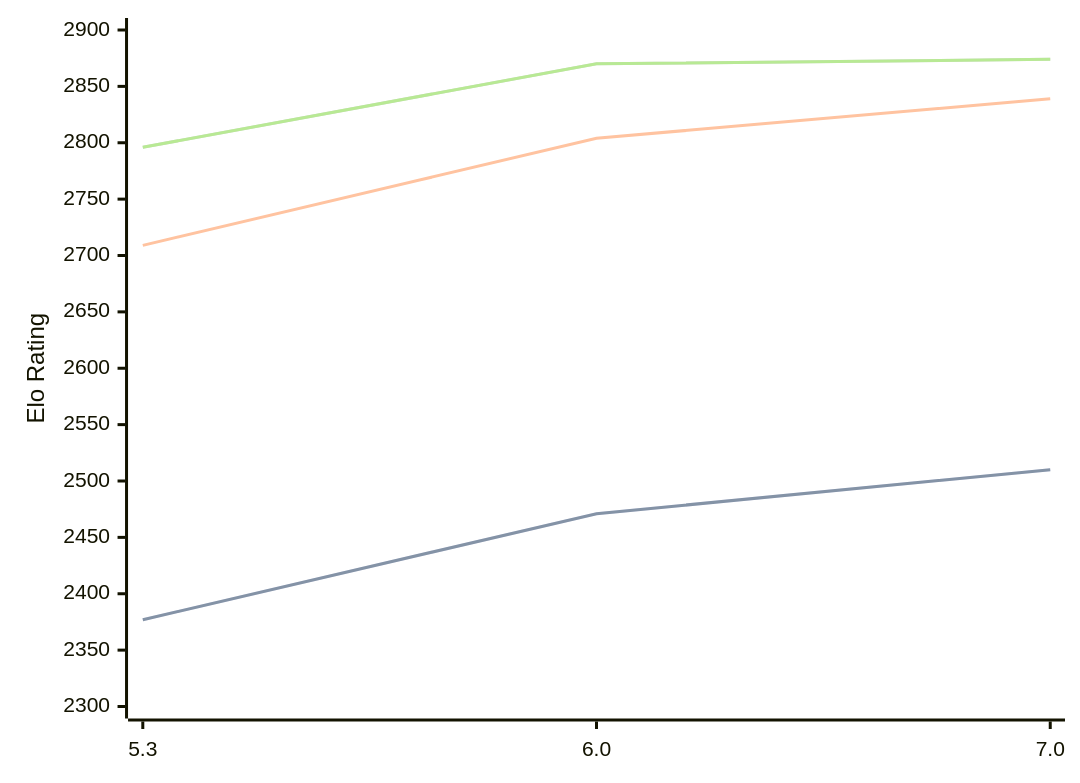
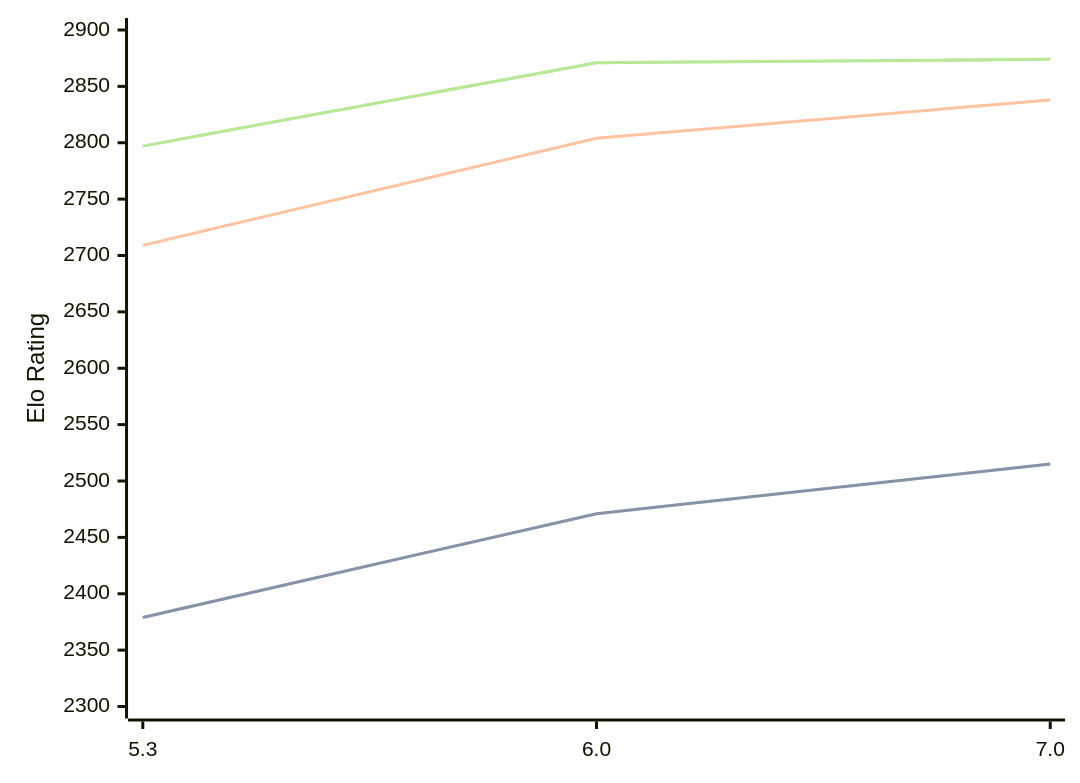
One commit to computer-chess-index/cci changed the diagram in engines/tomitankChess.md. Above: the diagram before and after it, drawn with Mermaid. The commit also changed other lines of this file, not shown here.

Commit message:
Update CCI Ratings (ELO VLTC) - 2026-07-24

````diff
--- a/engines/tomitankChess.md
+++ b/engines/tomitankChess.md
@@ -41,11 +41,11 @@
 ```mermaid
 %%{init: {"theme":"base","themeVariables":{"seriesColors:['#a3a3a3','#222221','#faa371']}}}%%
 xychart-beta
   x-axis ["5.3", "6.0", "7.0"]
   y-axis "Elo Rating" 2300 --> 2900
-  line "STC (8.0+0.08s)" [2377, 2471, 2510]
-  line "STC (8.0+0.08s)" [2377, 2471, 2510]
-  line "LTC (60.0+0.60s)" [2709, 2804, 2839]
-  line "VLTC (2m24s+1.12s)" [2796, 2870, 2874]
-  line "VLTC (2m24s+1.12s)" [2796, 2870, 2874]
+  line "STC (8.0+0.08s)" [2379, 2471, 2515]
+  line "STC (8.0+0.08s)" [2379, 2471, 2515]
+  line "LTC (60.0+0.60s)" [2709, 2804, 2838]
+  line "VLTC (2m24s+1.12s)" [2797, 2871, 2874]
+  line "VLTC (2m24s+1.12s)" [2797, 2871, 2874]
 ```
````
